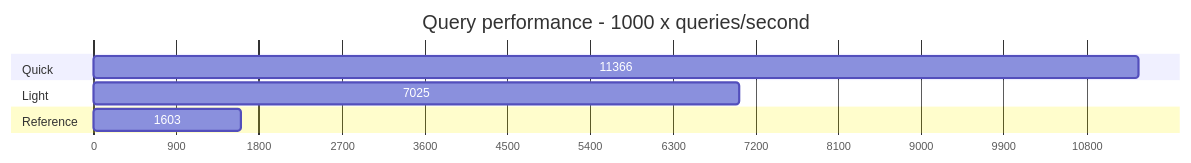
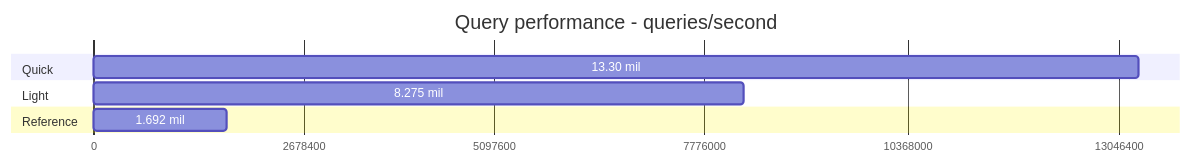
Before and after one commit to jamarino/IntervalTree: the first of 3 diagrams in README.md, drawn with Mermaid. The commit also changed other lines of this file, not shown here.

````diff
--- a/README.md
+++ b/README.md
@@ -30,13 +30,13 @@
 ```mermaid
 gantt
-    title Query performance - 1000 x queries/second
+    title Query performance - queries/second
     dateFormat X
     axisFormat %s
 
     section Quick
-    11366 : 0, 11366
+    13.30 mil : 0, 13304949
     section Light
-    7025 : 0, 7025
+    8.275 mil : 0, 8275405
     section Reference
-    1603  : 0, 1603
+    1.692 mil : 0, 1692734
 ```
````
